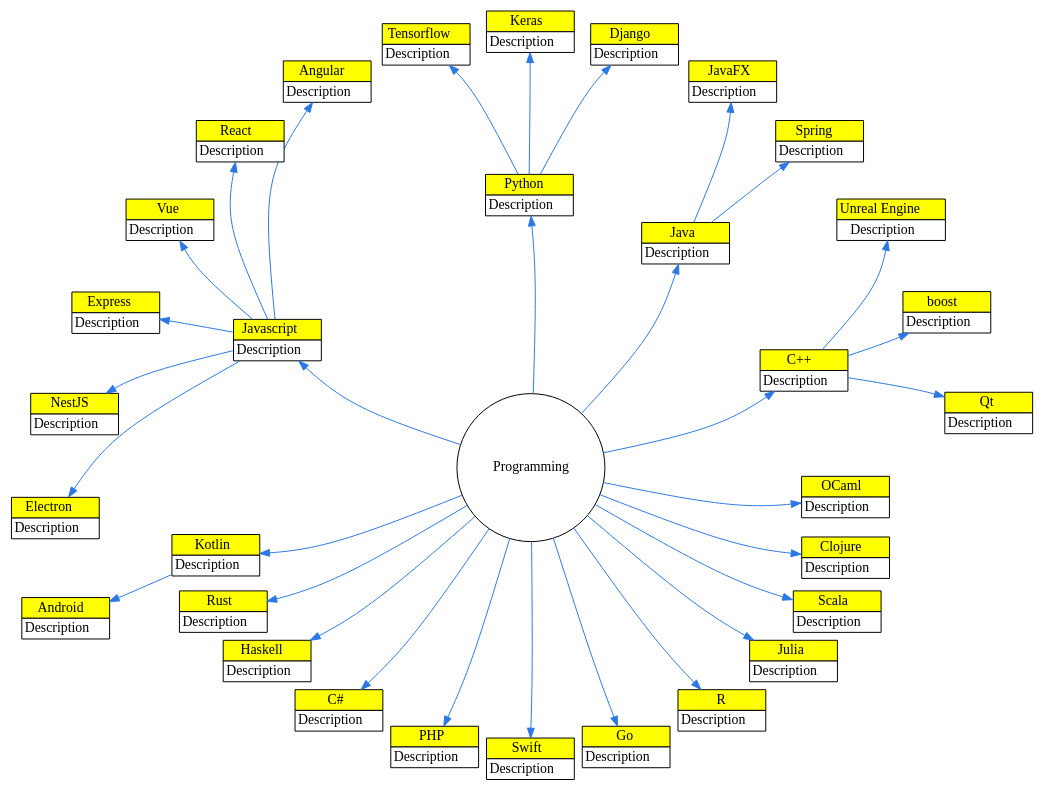
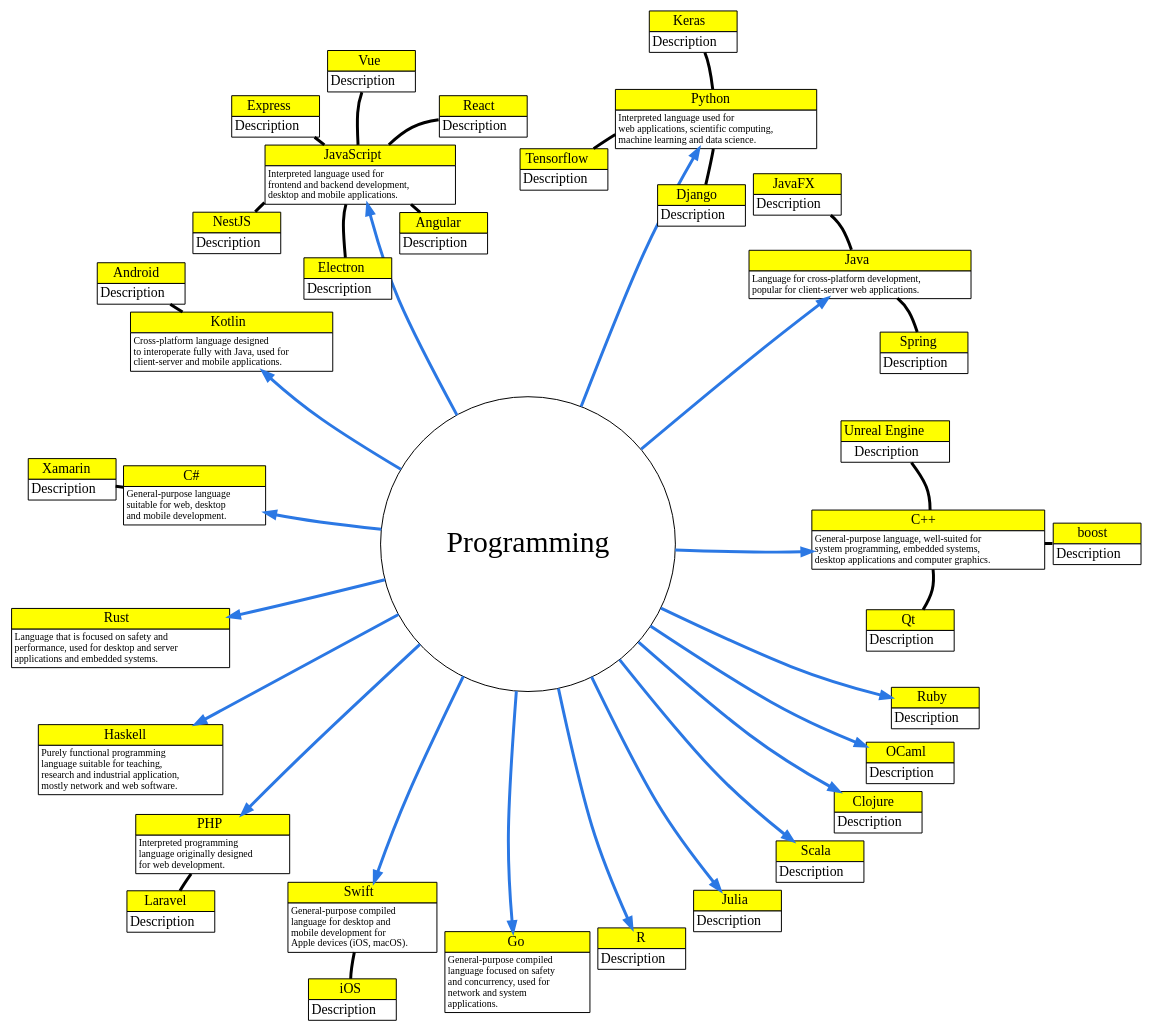
Before and after one commit to egormkn/programming-mindmap: the diagram in map.gv, drawn with Graphviz. The commit also changed 3 other files, not shown here.

```diff
--- a/map.gv
+++ b/map.gv
@@ -1,89 +1,99 @@
 digraph Programming {
     
-    graph [layout="twopi" splines="curved" root="root" ranksep="5 3 1" overlap="false"];
-    node [shape="plain"];
-    edge [color="#2b78e4"];
+    graph [
+        layout="circo" 
+        splines="curved" 
+        root="root"
+        mindist="0.5"
+        //ranksep="10 5" // for twopi layout
+        overlap="false"
+    ];
+    
+    node [
+        shape="plain" 
+        margin="0"
+    ];
 
     /* Root */
     
-    root [shape="circle" label="Programming"];
+    root [shape="circle" fontsize="30" label="Programming"];
     
     /* Languages */
     
-    cpp [label=<
+    cpp [href="https://isocpp.org/" tooltip="C++" label=<
         <table border="0" cellborder="1" cellspacing="0">
             <tr><td bgcolor="yellow">C++</td></tr>
-            <tr><td bgcolor="white">Description</td></tr>
+            <tr><td bgcolor="white" balign="left"><font point-size="10">General-purpose language, well-suited for<br/>system programming, embedded systems,<br/>desktop applications and computer graphics.</font></td></tr>
         </table>
     >];
     
-    java [label=<
+    java [href="https://developer.oracle.com/java/" tooltip="Java" label=<
         <table border="0" cellborder="1" cellspacing="0">
             <tr><td bgcolor="yellow">Java</td></tr>
-            <tr><td bgcolor="white">Description</td></tr>
+            <tr><td bgcolor="white" balign="left"><font point-size="10">Language for cross-platform development,<br/>popular for client-server web applications.</font></td></tr>
         </table>
     >];
     
-    python [label=<
+    python [href="https://www.python.org/" tooltip="Python" label=<
         <table border="0" cellborder="1" cellspacing="0">
             <tr><td bgcolor="yellow">Python</td></tr>
-            <tr><td bgcolor="white">Description</td></tr>
+            <tr><td bgcolor="white" balign="left"><font point-size="10">Interpreted language used for<br/>web applications, scientific computing,<br/>machine learning and data science.</font></td></tr>
         </table>
     >];
     
-    javascript [label=<
+    javascript [href="https://wikipedia.org/wiki/JavaScript" tooltip="JavaScript" label=<
         <table border="0" cellborder="1" cellspacing="0">
-            <tr><td bgcolor="yellow">Javascript</td></tr>
-            <tr><td bgcolor="white">Description</td></tr>
+            <tr><td bgcolor="yellow">JavaScript</td></tr>
+            <tr><td bgcolor="white" balign="left"><font point-size="10">Interpreted language used for<br/>frontend and backend development,<br/>desktop and mobile applications.</font></td></tr>
         </table>
     >];
     
-    kotlin [label=<
+    kotlin [href="https://kotlinlang.org/" tooltip="Kotlin" label=<
         <table border="0" cellborder="1" cellspacing="0">
             <tr><td bgcolor="yellow">Kotlin</td></tr>
-            <tr><td bgcolor="white">Description</td></tr>
+            <tr><td bgcolor="white" balign="left"><font point-size="10">Cross-platform language designed<br/>to interoperate fully with Java, used for<br/>client-server and mobile applications.</font></td></tr>
         </table>
     >];
     
-    rust [label=<
+    csharp [href="https://docs.microsoft.com/dotnet/csharp/" tooltip="C#" label=<
         <table border="0" cellborder="1" cellspacing="0">
-            <tr><td bgcolor="yellow">Rust</td></tr>
-            <tr><td bgcolor="white">Description</td></tr>
+            <tr><td bgcolor="yellow">C#</td></tr>
+            <tr><td bgcolor="white" balign="left"><font point-size="10">General-purpose language<br/>suitable for web, desktop<br/>and mobile development.</font></td></tr>
         </table>
     >];
     
-    haskell [label=<
+    rust [href="https://www.rust-lang.org/" tooltip="Rust" label=<
         <table border="0" cellborder="1" cellspacing="0">
-            <tr><td bgcolor="yellow">Haskell</td></tr>
-            <tr><td bgcolor="white">Description</td></tr>
+            <tr><td bgcolor="yellow">Rust</td></tr>
+            <tr><td bgcolor="white" balign="left"><font point-size="10">Language that is focused on safety and<br/>performance, used for desktop and server<br/>applications and embedded systems.</font></td></tr>
         </table>
     >];
     
-    csharp [label=<
+    haskell [href="https://www.haskell.org/" tooltip="Haskell" label=<
         <table border="0" cellborder="1" cellspacing="0">
-            <tr><td bgcolor="yellow">C#</td></tr>
-            <tr><td bgcolor="white">Description</td></tr>
+            <tr><td bgcolor="yellow">Haskell</td></tr>
+            <tr><td bgcolor="white" balign="left"><font point-size="10">Purely functional programming<br/>language suitable for teaching,<br/>research and industrial application,<br/>mostly network and web software.</font></td></tr>
         </table>
     >];
     
-    php [label=<
+    php [href="https://www.php.net/" tooltip="PHP" label=<
         <table border="0" cellborder="1" cellspacing="0">
             <tr><td bgcolor="yellow">PHP</td></tr>
-            <tr><td bgcolor="white">Description</td></tr>
+            <tr><td bgcolor="white" balign="left"><font point-size="10">Interpreted programming<br/>language originally designed<br/>for web development.</font></td></tr>
         </table>
     >];
     
-    swift [label=<
+    swift [href="https://swift.org/" tooltip="Swift" label=<
         <table border="0" cellborder="1" cellspacing="0">
             <tr><td bgcolor="yellow">Swift</td></tr>
-            <tr><td bgcolor="white">Description</td></tr>
+            <tr><td bgcolor="white" balign="left"><font point-size="10">General-purpose compiled<br/>language for desktop and<br/>mobile development for<br/>Apple devices (iOS, macOS).</font></td></tr>
         </table>
     >];
     
-    go [label=<
+    go [href="https://golang.org/" tooltip="Go" label=<
         <table border="0" cellborder="1" cellspacing="0">
             <tr><td bgcolor="yellow">Go</td></tr>
-            <tr><td bgcolor="white">Description</td></tr>
+            <tr><td bgcolor="white" balign="left"><font point-size="10">General-purpose compiled<br/>language focused on safety<br/>and concurrency, used for<br/>network and system<br/>applications.</font></td></tr>
         </table>
     >];
     
@@ -118,6 +128,13 @@
     ocaml [label=<
         <table border="0" cellborder="1" cellspacing="0">
             <tr><td bgcolor="yellow">OCaml</td></tr>
+            <tr><td bgcolor="white">Description</td></tr>
+        </table>
+    >];
+    
+    ruby [label=<
+        <table border="0" cellborder="1" cellspacing="0">
+            <tr><td bgcolor="yellow">Ruby</td></tr>
             <tr><td bgcolor="white">Description</td></tr>
         </table>
     >];
@@ -228,14 +245,50 @@
             <tr><td bgcolor="white">Description</td></tr>
         </table>
     >];
+
+    xamarin [label=<
+        <table border="0" cellborder="1" cellspacing="0">
+            <tr><td bgcolor="yellow">Xamarin</td></tr>
+            <tr><td bgcolor="white">Description</td></tr>
+        </table>
+    >];
+
+    laravel [label=<
+        <table border="0" cellborder="1" cellspacing="0">
+            <tr><td bgcolor="yellow">Laravel</td></tr>
+            <tr><td bgcolor="white">Description</td></tr>
+        </table>
+    >];
+
+    ios [label=<
+        <table border="0" cellborder="1" cellspacing="0">
+            <tr><td bgcolor="yellow">iOS</td></tr>
+            <tr><td bgcolor="white">Description</td></tr>
+        </table>
+    >];
     
-    /* Connections */
-    
-    root -> {cpp java python javascript kotlin rust haskell csharp php swift go r julia scala clojure ocaml};
+    /* Edges */
+
+    edge [
+        color="#2b78e4"
+        penwidth="3.0"
+    ];
+
+    root -> {cpp java python javascript kotlin rust haskell csharp php swift go r julia scala clojure ocaml ruby};
+
+    edge [
+        color="#000000"
+        penwidth="3.0"
+        arrowhead="none"
+        arrowtail="none"
+    ];
 
     cpp -> {qt boost unreal};
     java -> {spring javafx};
     javascript -> {angular react vue express nestjs electron};
     python -> {django keras tensorflow};
     kotlin -> {android};
+    csharp -> {xamarin};
+    php -> {laravel};
+    swift -> {ios};
 }
```
